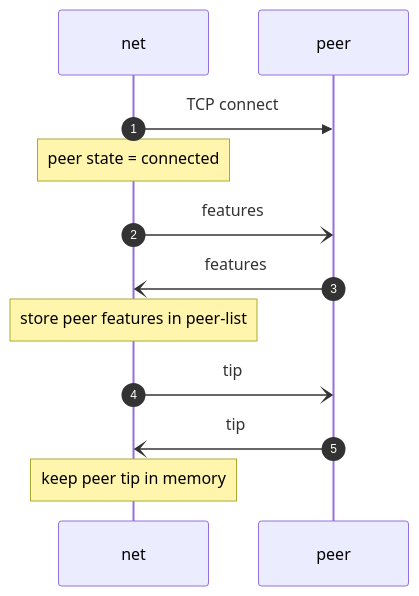
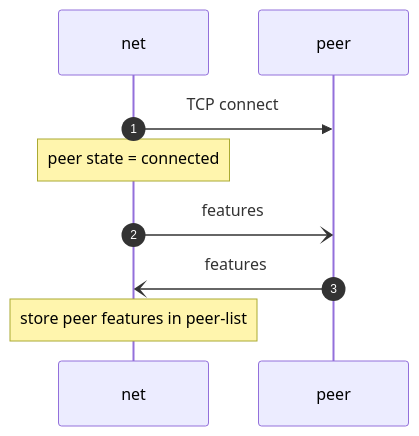
One commit to RustBTCD/btcd changed the first of 5 diagrams in docs/flows/communication.md. Above: the diagram before and after it, drawn with Mermaid. The commit also changed other lines of this file and 5 other files, not shown here.

Commit message:
Removing peer's tip from memory storage and usage. Updated policies on fetching blocks data.

````diff
--- a/docs/flows/communication.md
+++ b/docs/flows/communication.md
@@ -8,14 +8,11 @@
 ```mermaid
 sequenceDiagram
     autonumber
     participant N as net
     participant P as peer
     N ->> P: TCP connect
     Note over N: peer state = connected
     N -) P: features
     P -) N: features
     Note over N: store peer features in peer-list
-    N -) P: tip
-    P -) N: tip
-    Note over N: keep peer tip in memory
 ```
````
